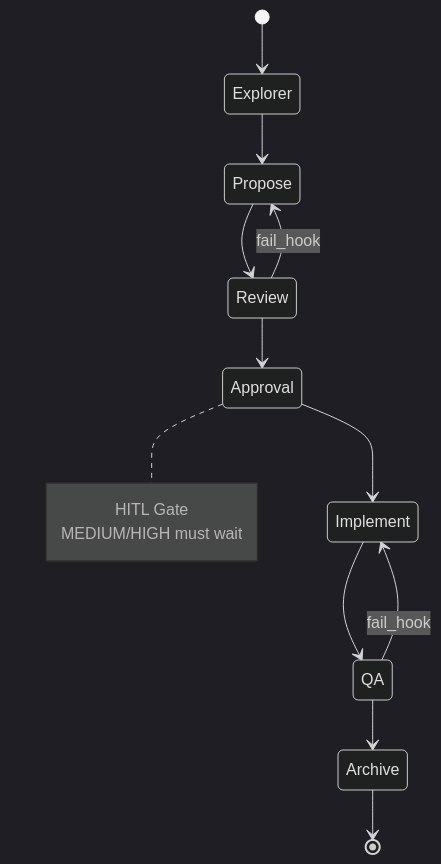
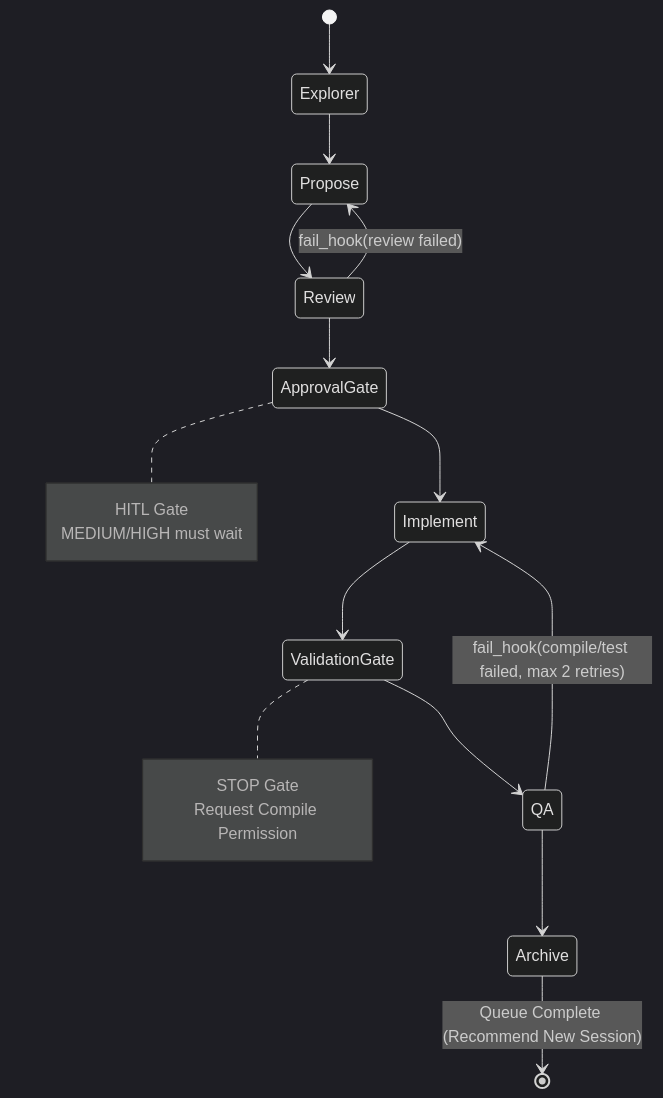
One commit to listener-He/java-harness-agent changed the eighth of 11 diagrams in ENGINEERING_MANUAL.md. Above: the diagram before and after it, drawn with Mermaid (dark theme). The commit also changed other lines of this file and 12 other files, not shown here.

````diff
--- a/ENGINEERING_MANUAL.md
+++ b/ENGINEERING_MANUAL.md
@@ -732,19 +733,25 @@
 ```mermaid
 stateDiagram-v2
   [*] --> Explorer
   Explorer --> Propose
   Propose --> Review
-  Review --> Approval
-  Approval --> Implement
-  Implement --> QA
+  Review --> ApprovalGate
+  ApprovalGate --> Implement
+  Implement --> ValidationGate
+  ValidationGate --> QA
   QA --> Archive
-  Archive --> [*]
+  Archive --> [*] : Queue Complete (Recommend New Session)
 
-  Review --> Propose: fail_hook
-  QA --> Implement: fail_hook
+  Review --> Propose: fail_hook(review failed)
+  QA --> Implement: fail_hook(compile/test failed, max 2 retries)
 
-  note right of Approval
+  note right of ApprovalGate
     HITL Gate
     MEDIUM/HIGH must wait
   end note
+
+  note right of ValidationGate
+    STOP Gate
+    Request Compile Permission
+  end note
 ```
````
